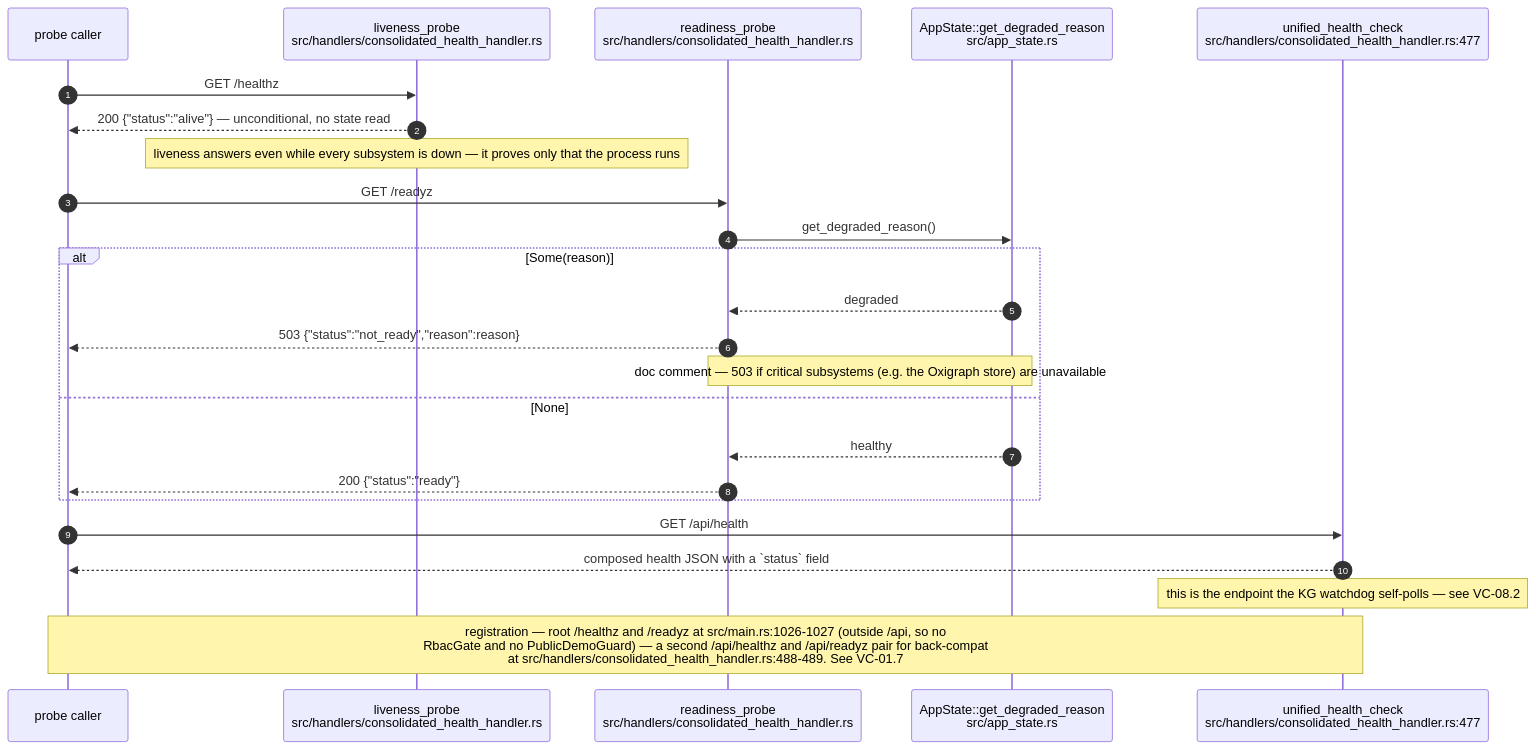
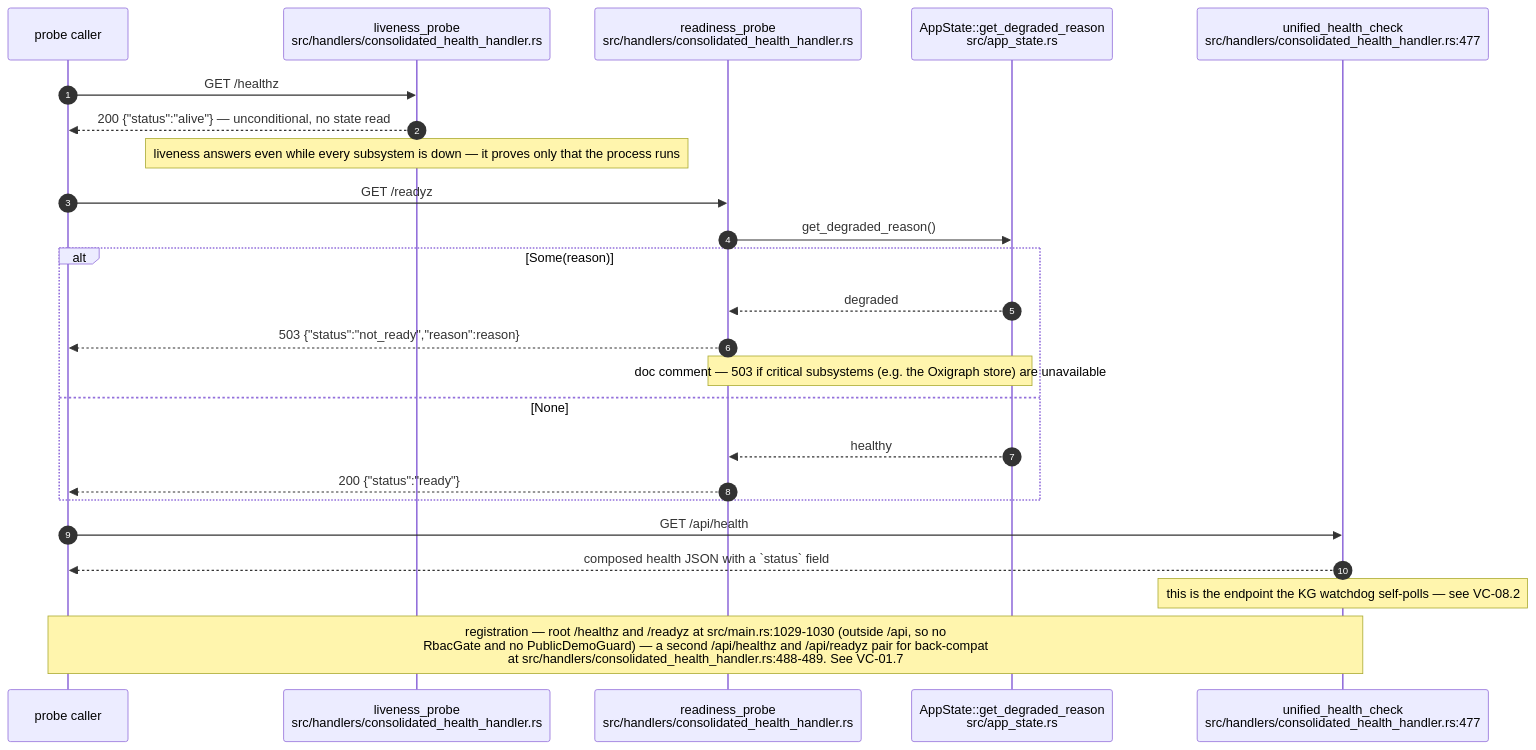
One commit to DreamLab-AI/AR-AI-Knowledge-Graph changed the first of 12 diagrams in docs/diagrams/visionclaw/08-observability-health-and-dev-loop.md. Above: the diagram before and after it, drawn with Mermaid. The commit also changed other lines of this file and 73 other files, not shown here.

First line of the commit message:
docs(diagrams): re-verify all 71 topic files against HEAD; add --cite-check

````diff
--- a/docs/diagrams/visionclaw/08-observability-health-and-dev-loop.md
+++ b/docs/diagrams/visionclaw/08-observability-health-and-dev-loop.md
@@ -36,27 +36,27 @@
 ```mermaid
 sequenceDiagram
     autonumber
     participant K as probe caller
     participant L as liveness_probe<br/>src/handlers/consolidated_health_handler.rs
     participant R as readiness_probe<br/>src/handlers/consolidated_health_handler.rs
     participant AS as AppState::get_degraded_reason<br/>src/app_state.rs
     participant U as unified_health_check<br/>src/handlers/consolidated_health_handler.rs:477
 
     K->>L: GET /healthz
     L-->>K: 200 {"status":"alive"} — unconditional, no state read
     Note over L: liveness answers even while every subsystem is down — it proves only that the process runs
     K->>R: GET /readyz
     R->>AS: get_degraded_reason()
     alt Some(reason)
         AS-->>R: degraded
         R-->>K: 503 {"status":"not_ready","reason":reason}
         Note over R,AS: doc comment — 503 if critical subsystems (e.g. the Oxigraph store) are unavailable
     else None
         AS-->>R: healthy
         R-->>K: 200 {"status":"ready"}
     end
     K->>U: GET /api/health
     U-->>K: composed health JSON with a `status` field
     Note over U: this is the endpoint the KG watchdog self-polls — see VC-08.2
-    Note over K,U: registration — root /healthz and /readyz at src/main.rs:1026-1027 (outside /api, so no<br/>RbacGate and no PublicDemoGuard) — a second /api/healthz and /api/readyz pair for back-compat<br/>at src/handlers/consolidated_health_handler.rs:488-489. See VC-01.7
+    Note over K,U: registration — root /healthz and /readyz at src/main.rs:1029-1030 (outside /api, so no<br/>RbacGate and no PublicDemoGuard) — a second /api/healthz and /api/readyz pair for back-compat<br/>at src/handlers/consolidated_health_handler.rs:488-489. See VC-01.7
 ```
````
